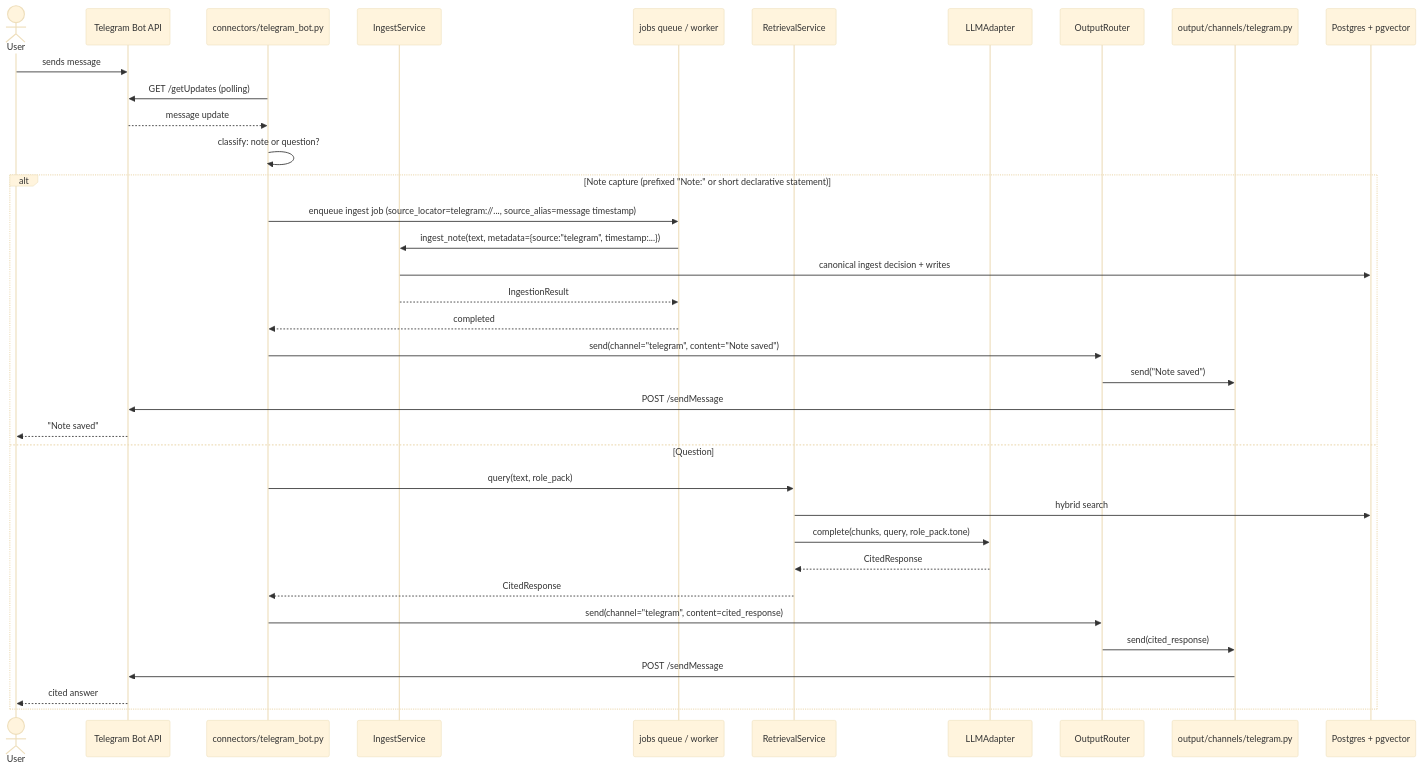
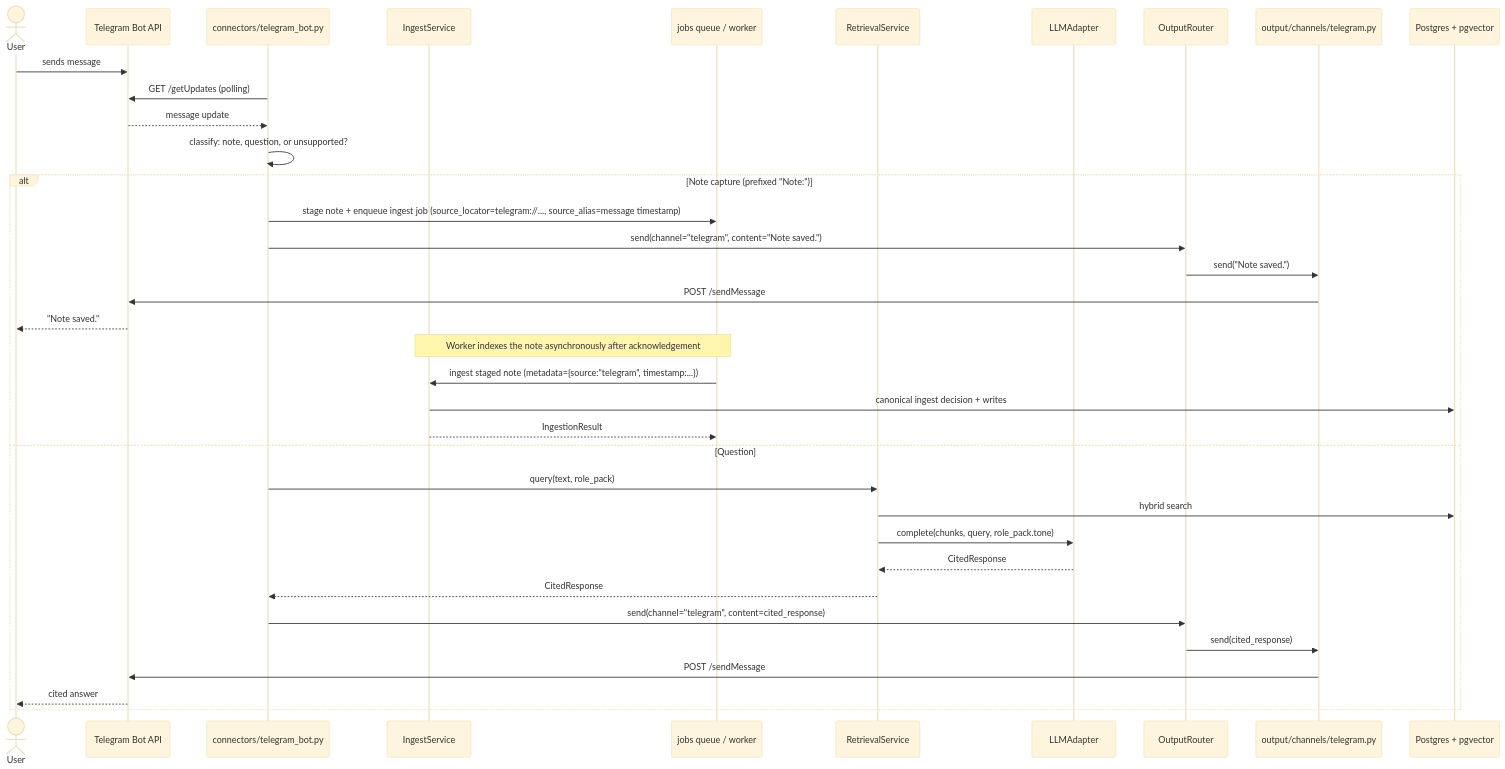
Before and after one commit to iainhgl/chief-of-staff: the tenth of 15 diagrams in _bmad-output/planning-artifacts/architecture-diagrams.md, drawn with Mermaid (base theme). The commit also changed other lines of this file and 8 other files, not shown here.

````diff
--- a/_bmad-output/planning-artifacts/architecture-diagrams.md
+++ b/_bmad-output/planning-artifacts/architecture-diagrams.md
@@ -369,40 +369,40 @@
 ```mermaid
 sequenceDiagram
     actor User
     participant TelegramAPI as Telegram Bot API
     participant TB as connectors/telegram_bot.py
     participant IS as IngestService
     participant JOBS as jobs queue / worker
     participant RS as RetrievalService
     participant LLM as LLMAdapter
     participant OR as OutputRouter
     participant TG as output/channels/telegram.py
     participant DB as Postgres + pgvector
 
     User->>TelegramAPI: sends message
     TB->>TelegramAPI: GET /getUpdates (polling)
     TelegramAPI-->>TB: message update
-    TB->>TB: classify: note or question?
+    TB->>TB: classify: note, question, or unsupported?
 
-    alt Note capture (prefixed "Note:" or short declarative statement)
-        TB->>JOBS: enqueue ingest job (source_locator=telegram://..., source_alias=message timestamp)
-        JOBS->>IS: ingest_note(text, metadata={source:"telegram", timestamp:...})
+    alt Note capture (prefixed "Note:")
+        TB->>JOBS: stage note + enqueue ingest job (source_locator=telegram://..., source_alias=message timestamp)
+        TB->>OR: send(channel="telegram", content="Note saved.")
+        OR->>TG: send("Note saved.")
+        TG->>TelegramAPI: POST /sendMessage
+        TelegramAPI-->>User: "Note saved."
+        Note over JOBS,IS: Worker indexes the note asynchronously after acknowledgement
+        JOBS->>IS: ingest staged note (metadata={source:"telegram", timestamp:...})
         IS->>DB: canonical ingest decision + writes
         IS-->>JOBS: IngestionResult
-        JOBS-->>TB: completed
-        TB->>OR: send(channel="telegram", content="Note saved")
-        OR->>TG: send("Note saved")
-        TG->>TelegramAPI: POST /sendMessage
-        TelegramAPI-->>User: "Note saved"
     else Question
         TB->>RS: query(text, role_pack)
         RS->>DB: hybrid search
         RS->>LLM: complete(chunks, query, role_pack.tone)
         LLM-->>RS: CitedResponse
         RS-->>TB: CitedResponse
         TB->>OR: send(channel="telegram", content=cited_response)
         OR->>TG: send(cited_response)
         TG->>TelegramAPI: POST /sendMessage
         TelegramAPI-->>User: cited answer
     end
 ```
````
